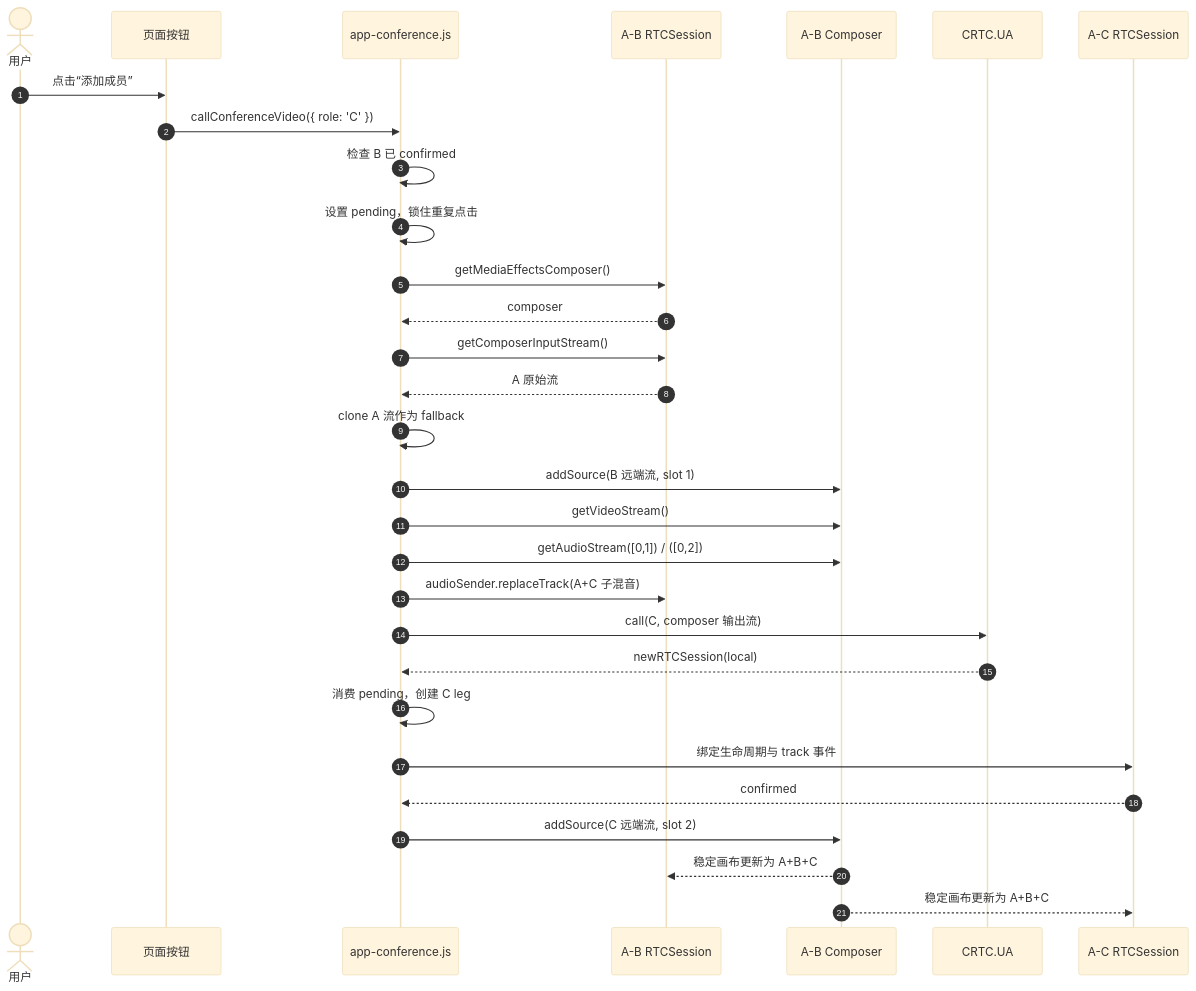
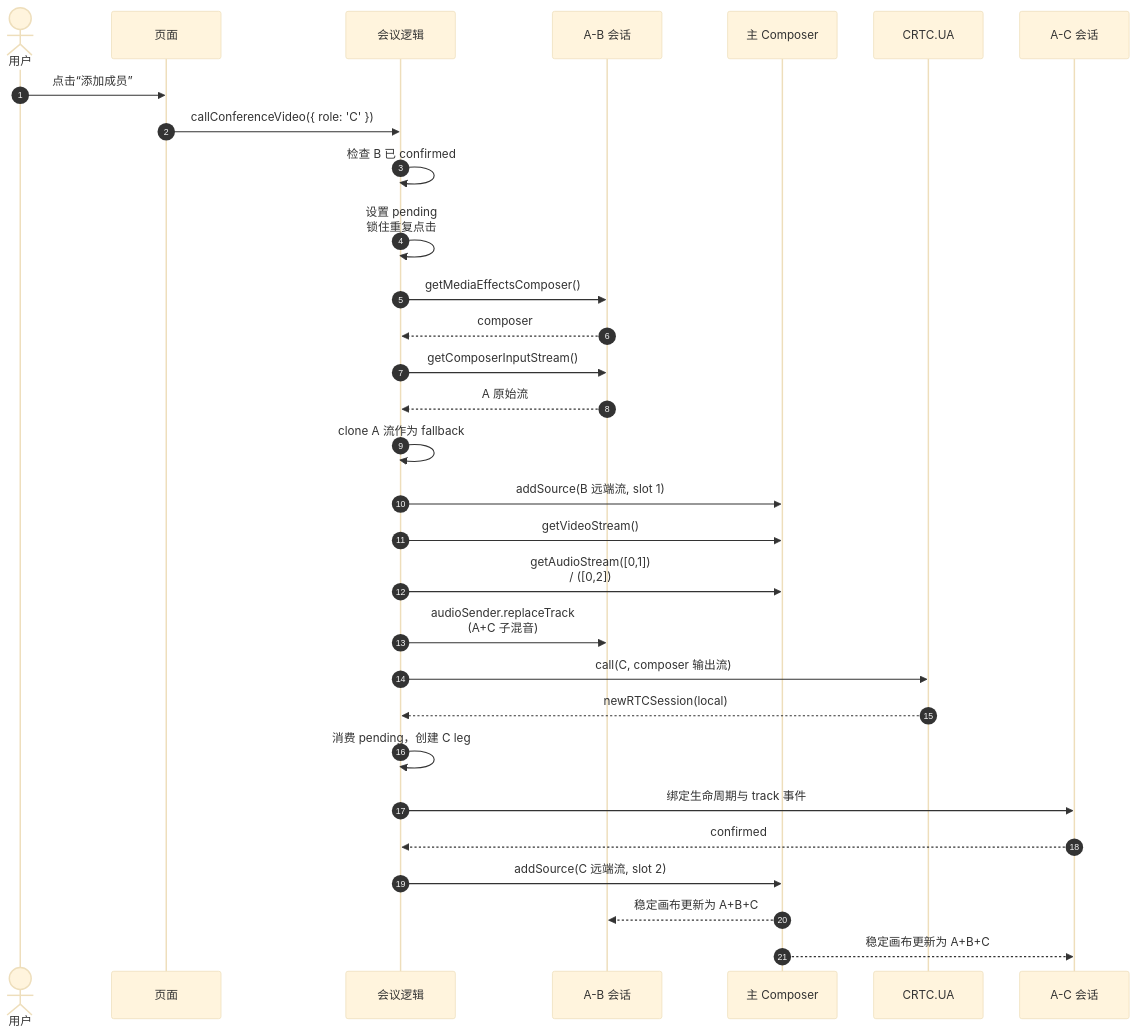
Before and after one commit to lei40251/JsSIP: the fifth of 17 diagrams in docs/app-conference-guide.md, drawn with Mermaid (base theme). The commit also changed other lines of this file and 1 other file, not shown here.

````diff
--- a/docs/app-conference-guide.md
+++ b/docs/app-conference-guide.md
@@ -286,33 +312,33 @@
 ```mermaid
 sequenceDiagram
   autonumber
   actor User as 用户
-  participant UI as 页面按钮
-  participant Conf as app-conference.js
-  participant BSession as A-B RTCSession
-  participant Composer as A-B Composer
+  participant UI as 页面
+  participant Conf as 会议逻辑
+  participant BSession as A-B 会话
+  participant Composer as 主 Composer
   participant UA as CRTC.UA
-  participant CSession as A-C RTCSession
+  participant CSession as A-C 会话
 
   User->>UI: 点击“添加成员”
   UI->>Conf: callConferenceVideo({ role: 'C' })
   Conf->>Conf: 检查 B 已 confirmed
-  Conf->>Conf: 设置 pending，锁住重复点击
+  Conf->>Conf: 设置 pending<br/>锁住重复点击
   Conf->>BSession: getMediaEffectsComposer()
   BSession-->>Conf: composer
   Conf->>BSession: getComposerInputStream()
   BSession-->>Conf: A 原始流
   Conf->>Conf: clone A 流作为 fallback
   Conf->>Composer: addSource(B 远端流, slot 1)
   Conf->>Composer: getVideoStream()
-  Conf->>Composer: getAudioStream([0,1]) / ([0,2])
-  Conf->>BSession: audioSender.replaceTrack(A+C 子混音)
+  Conf->>Composer: getAudioStream([0,1])<br/>/ ([0,2])
+  Conf->>BSession: audioSender.replaceTrack<br/>(A+C 子混音)
   Conf->>UA: call(C, composer 输出流)
   UA-->>Conf: newRTCSession(local)
   Conf->>Conf: 消费 pending，创建 C leg
   Conf->>CSession: 绑定生命周期与 track 事件
   CSession-->>Conf: confirmed
   Conf->>Composer: addSource(C 远端流, slot 2)
   Composer-->>BSession: 稳定画布更新为 A+B+C
   Composer-->>CSession: 稳定画布更新为 A+B+C
 ```
````
